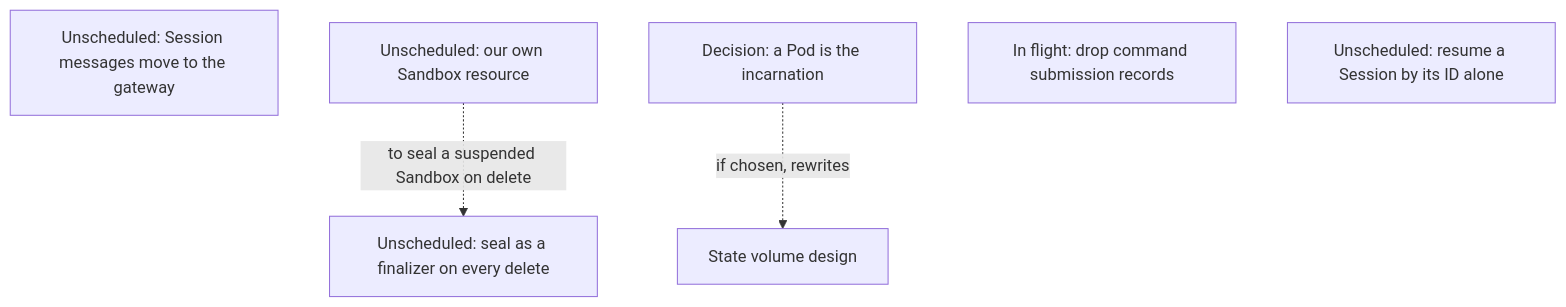
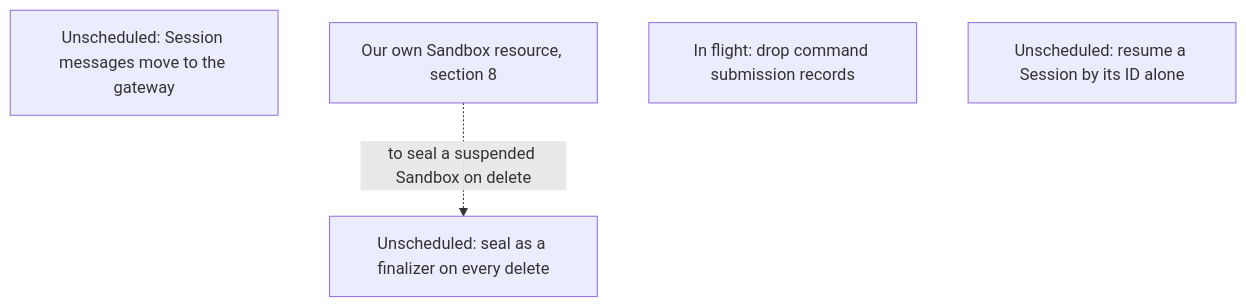
Diagram 13 of 14 in agentplane/plans/task_dag.md (agentydragon-agent/ducktape), drawn with Mermaid before and after one commit. The commit also changed other lines of this file and 1 other file, not shown here.

````diff
--- a/agentplane/plans/task_dag.md
+++ b/agentplane/plans/task_dag.md
@@ -793,11 +818,9 @@
 ```mermaid
 flowchart TD
     GATEWAY_CLIENT_SPLIT[Unscheduled: Session messages move to the gateway]
-    AGENTPLANE_SANDBOX_RESOURCE[Unscheduled: our own Sandbox resource]
-    POD_INCARNATION[Decision: a Pod is the incarnation]
+    AGENTPLANE_SANDBOX_RESOURCE[Our own Sandbox resource, section 8]
     SEAL_FINALIZER[Unscheduled: seal as a finalizer on every delete]
     COMMAND_RECORDS_RETIRE[In flight: drop command submission records]
     RESUME_BY_SESSION_ID[Unscheduled: resume a Session by its ID alone]
     AGENTPLANE_SANDBOX_RESOURCE -. to seal a suspended Sandbox on delete .-> SEAL_FINALIZER
-    POD_INCARNATION -. if chosen, rewrites .-> SESSION_STATE_VOLUME_DESIGN[State volume design]
 ```
````
